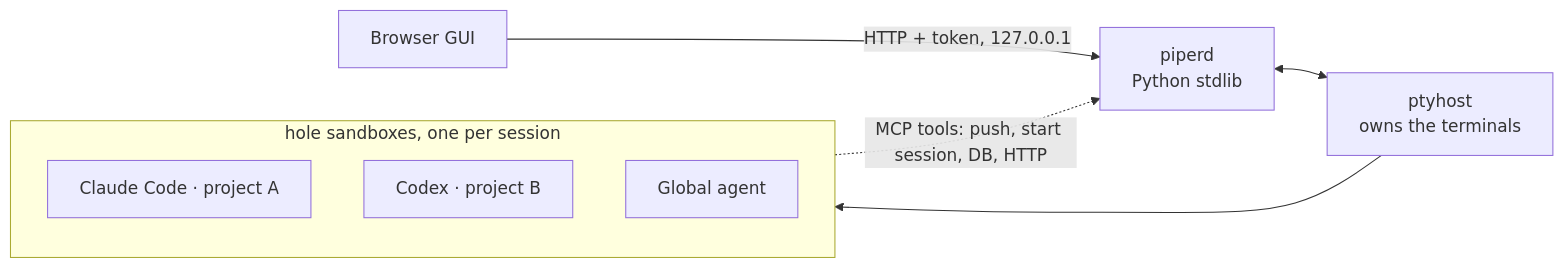
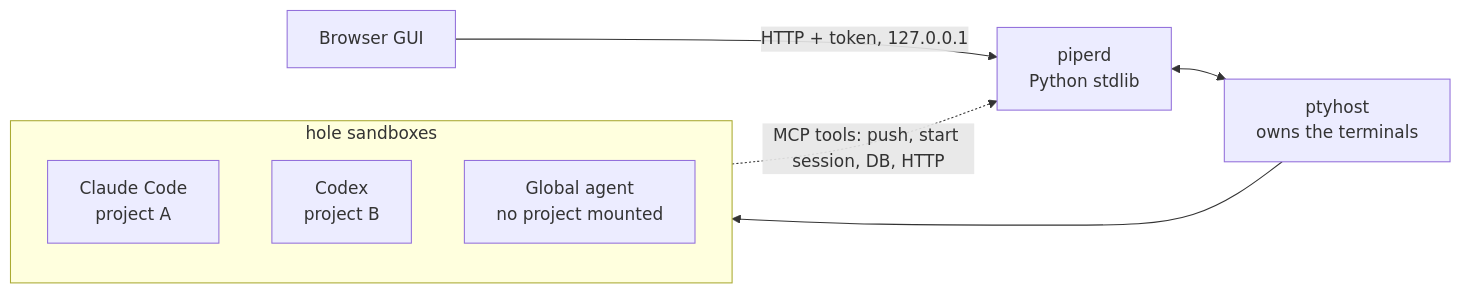
Before and after one commit to Kamest/Piper: the diagram in README.md, drawn with Mermaid. The commit also changed other lines of this file and 40 other files, not shown here.

````diff
--- a/README.md
+++ b/README.md
@@ -99,13 +101,13 @@
 ```mermaid
 flowchart LR
   B["Browser GUI"] -- "HTTP + token, 127.0.0.1" --> D["piperd<br/>Python stdlib"]
   D <--> P["ptyhost<br/>owns the terminals"]
   P --> SB
-  subgraph SB["hole sandboxes, one per session"]
+  subgraph SB["hole sandboxes"]
     direction TB
-    S1["Claude Code · project A"]
-    S2["Codex · project B"]
-    G["Global agent"]
+    S1["Claude Code<br/>project A"]
+    S2["Codex<br/>project B"]
+    G["Global agent<br/>no project mounted"]
   end
   SB -. "MCP tools: push, start session, DB, HTTP" .-> D
 ```
````
